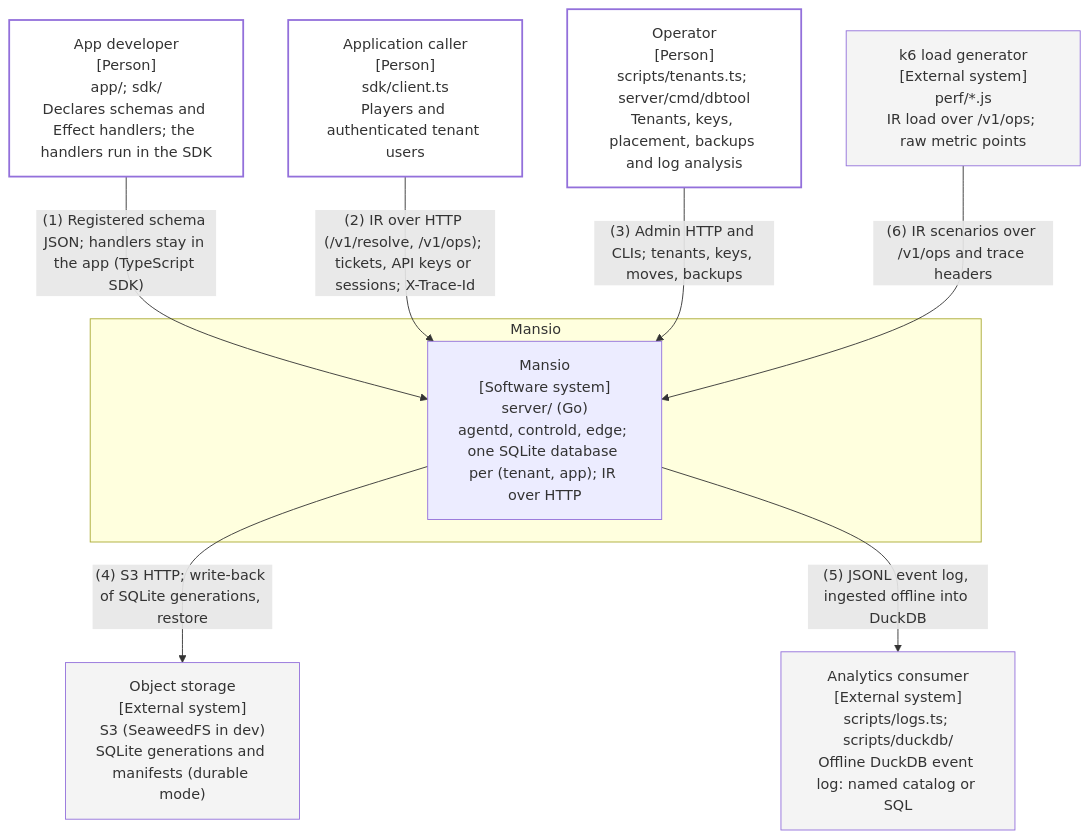
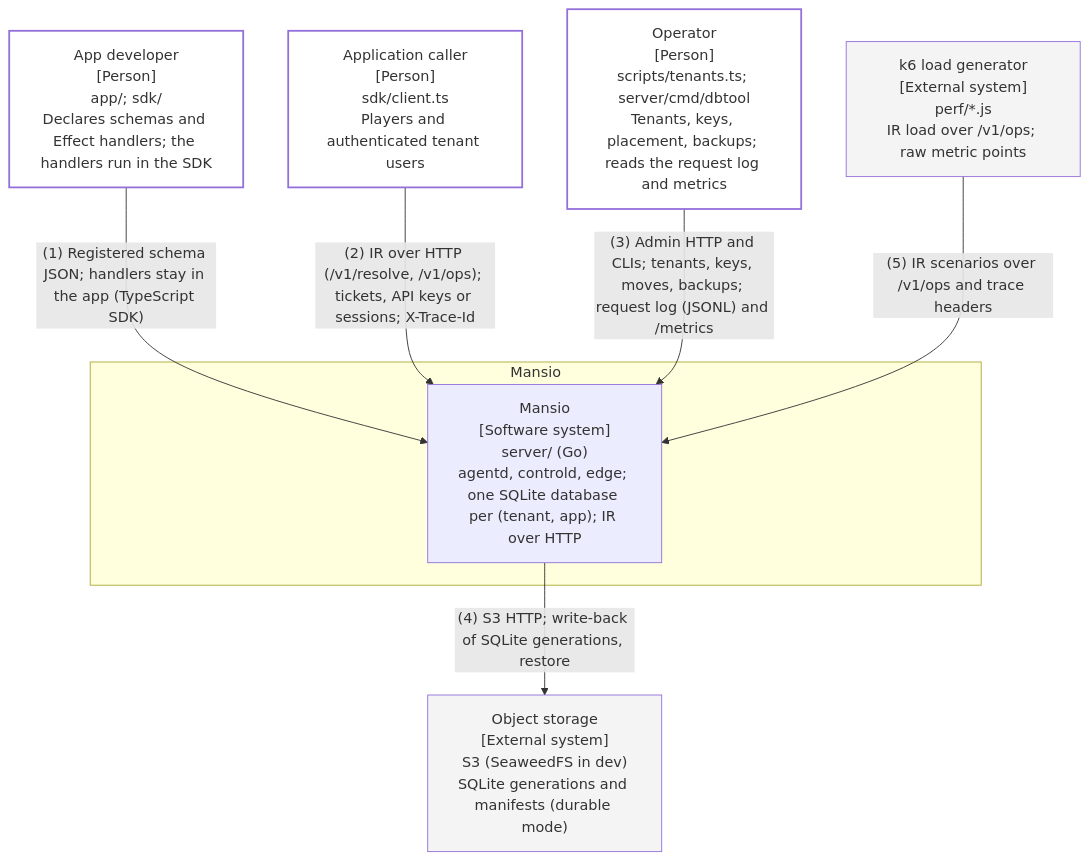
Before and after one commit to nickstrad/mansio: the diagram in docs/architecture/c4-context-document-db.github.md, drawn with Mermaid. The commit also changed other lines of this file and 28 other files, not shown here.

First line of the commit message:
docs: the request log and metrics, without the offline tool (ADR 0014)

````diff
--- a/docs/architecture/c4-context-document-db.github.md
+++ b/docs/architecture/c4-context-document-db.github.md
@@ -7,27 +7,24 @@
 ```mermaid
 flowchart TB
     subgraph platform["Mansio"]
         db["Mansio<br/>[Software system]<br/>server/ (Go)<br/>agentd, controld, edge; one SQLite database per (tenant, app); IR over HTTP"]
     end
         developer["App developer<br/>[Person]<br/>app/; sdk/<br/>Declares schemas and Effect handlers; the handlers run in the SDK"]
         caller["Application caller<br/>[Person]<br/>sdk/client.ts<br/>Players and authenticated tenant users"]
-        operator["Operator<br/>[Person]<br/>scripts/tenants.ts; server/cmd/dbtool<br/>Tenants, keys, placement, backups and log analysis"]
+        operator["Operator<br/>[Person]<br/>scripts/tenants.ts; server/cmd/dbtool<br/>Tenants, keys, placement, backups; reads the request log and metrics"]
         objects["Object storage<br/>[External system]<br/>S3 (SeaweedFS in dev)<br/>SQLite generations and manifests (durable mode)"]
-        analytics["Analytics consumer<br/>[External system]<br/>scripts/logs.ts; scripts/duckdb/<br/>Offline DuckDB event log: named catalog or SQL"]
         k6["k6 load generator<br/>[External system]<br/>perf/*.js<br/>IR load over /v1/ops; raw metric points"]
     developer -->|"(1) Registered schema JSON; handlers stay in the app (TypeScript SDK)"| db
     caller -->|"(2) IR over HTTP (/v1/resolve, /v1/ops); tickets, API keys or sessions; X-Trace-Id"| db
-    operator -->|"(3) Admin HTTP and CLIs; tenants, keys, moves, backups"| db
+    operator -->|"(3) Admin HTTP and CLIs; tenants, keys, moves, backups; request log (JSONL) and /metrics"| db
     db -->|"(4) S3 HTTP; write-back of SQLite generations, restore"| objects
-    db -->|"(5) JSONL event log, ingested offline into DuckDB"| analytics
-    k6 -->|"(6) IR scenarios over /v1/ops and trace headers"| db
+    k6 -->|"(5) IR scenarios over /v1/ops and trace headers"| db
     classDef planned stroke-dasharray: 5 3
     classDef person fill:#fff,stroke-width:2px
     classDef external fill:#f4f4f4
     class developer person
     class caller person
     class operator person
     class objects external
-    class analytics external
     class k6 external
 ```
````
